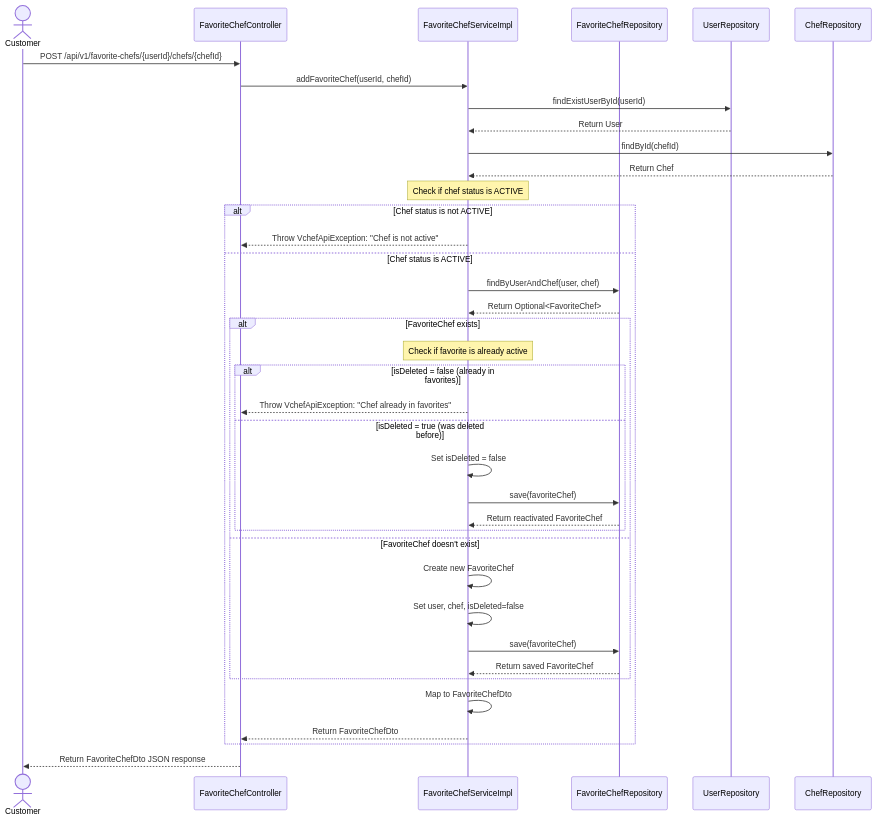
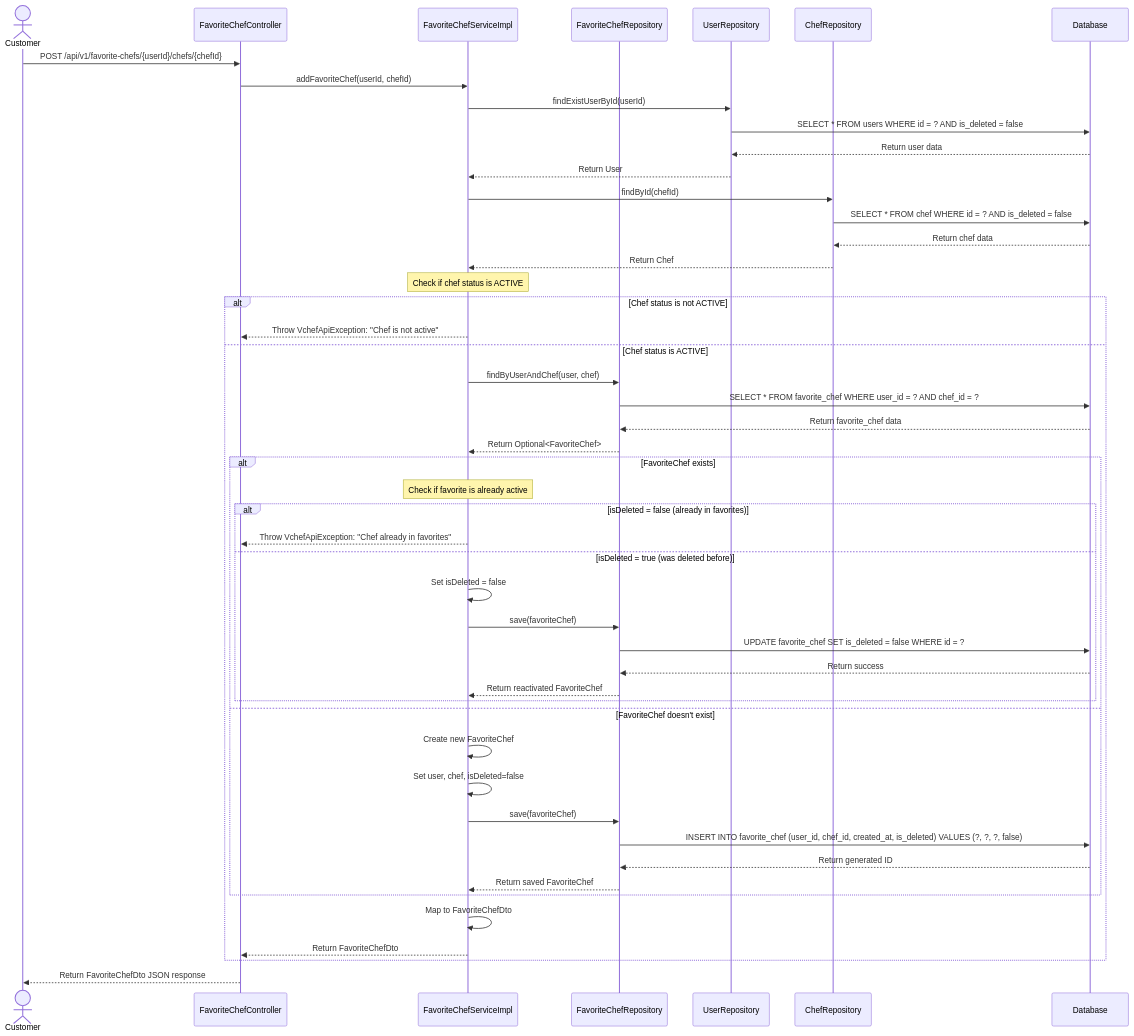
The sixth of 9 diagrams in docs/Favorite Chef System Diagrams.md (phongkhongxai/vietchef), drawn with Mermaid before and after one commit. The commit also changed other lines of this file and 15 other files, not shown here.

````diff
--- a/docs/Favorite Chef System Diagrams.md
+++ b/docs/Favorite Chef System Diagrams.md
@@ -212,47 +212,58 @@
 ```mermaid
 sequenceDiagram
     actor Customer
     participant FC as FavoriteChefController
     participant FS as FavoriteChefServiceImpl
     participant FCR as FavoriteChefRepository
     participant UR as UserRepository
     participant CR as ChefRepository
+    participant DB as Database
     
     Customer->>FC: POST /api/v1/favorite-chefs/{userId}/chefs/{chefId}
     FC->>FS: addFavoriteChef(userId, chefId)
     
     FS->>UR: findExistUserById(userId)
+    UR->>DB: SELECT * FROM users WHERE id = ? AND is_deleted = false
+    DB-->>UR: Return user data
     UR-->>FS: Return User
     
     FS->>CR: findById(chefId)
+    CR->>DB: SELECT * FROM chef WHERE id = ? AND is_deleted = false
+    DB-->>CR: Return chef data
     CR-->>FS: Return Chef
     
     Note over FS: Check if chef status is ACTIVE
     alt Chef status is not ACTIVE
         FS-->>FC: Throw VchefApiException: "Chef is not active"
     else Chef status is ACTIVE
         FS->>FCR: findByUserAndChef(user, chef)
+        FCR->>DB: SELECT * FROM favorite_chef WHERE user_id = ? AND chef_id = ?
+        DB-->>FCR: Return favorite_chef data
         FCR-->>FS: Return Optional<FavoriteChef>
         
         alt FavoriteChef exists
             Note over FS: Check if favorite is already active
             alt isDeleted = false (already in favorites)
                 FS-->>FC: Throw VchefApiException: "Chef already in favorites"
             else isDeleted = true (was deleted before)
                 FS->>FS: Set isDeleted = false
                 FS->>FCR: save(favoriteChef)
+                FCR->>DB: UPDATE favorite_chef SET is_deleted = false WHERE id = ?
+                DB-->>FCR: Return success
                 FCR-->>FS: Return reactivated FavoriteChef
             end
         else FavoriteChef doesn't exist
             FS->>FS: Create new FavoriteChef
             FS->>FS: Set user, chef, isDeleted=false
             FS->>FCR: save(favoriteChef)
+            FCR->>DB: INSERT INTO favorite_chef (user_id, chef_id, created_at, is_deleted) VALUES (?, ?, ?, false)
+            DB-->>FCR: Return generated ID
             FCR-->>FS: Return saved FavoriteChef
         end
         
         FS->>FS: Map to FavoriteChefDto
         FS-->>FC: Return FavoriteChefDto
     end
     
     FC-->>Customer: Return FavoriteChefDto JSON response
 ```
````
